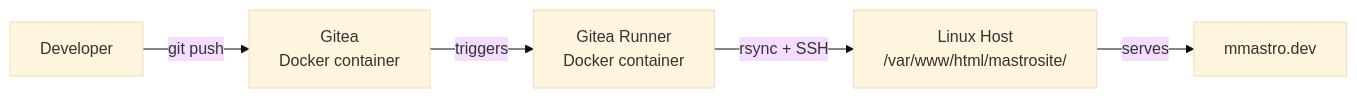
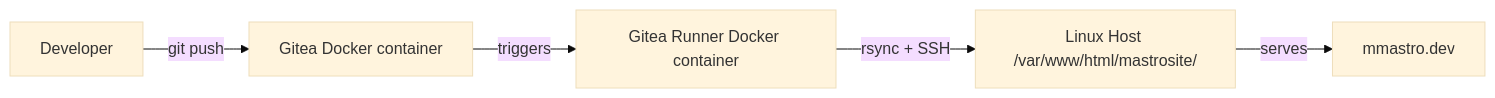
The second of 2 diagrams in README.md (MMastro-Dev/website), drawn with Mermaid (base theme) before and after one commit. The commit also changed other lines of this file, not shown here.

Commit message:
distanced badges and fixed mermaidflowcharts on README.md

````diff
--- a/README.md
+++ b/README.md
@@ -86,7 +86,7 @@
 ```mermaid
 flowchart LR
-    Dev[Developer] -->|git push| G[Gitea\nDocker container]
-    G -->|triggers| R[Gitea Runner\nDocker container]
-    R -->|rsync + SSH| H[Linux Host\n/var/www/html/mastrosite/]
+    Dev[Developer] -->|git push| G[Gitea Docker container]
+    G -->|triggers| R[Gitea Runner Docker container]
+    R -->|rsync + SSH| H[Linux Host /var/www/html/mastrosite/]
     H -->|serves| S[mmastro.dev]
 ```
````
